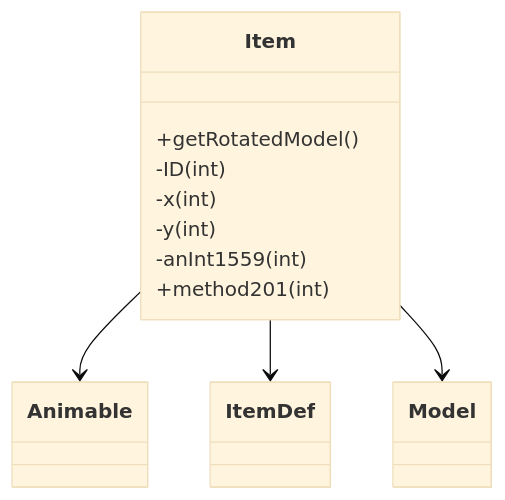
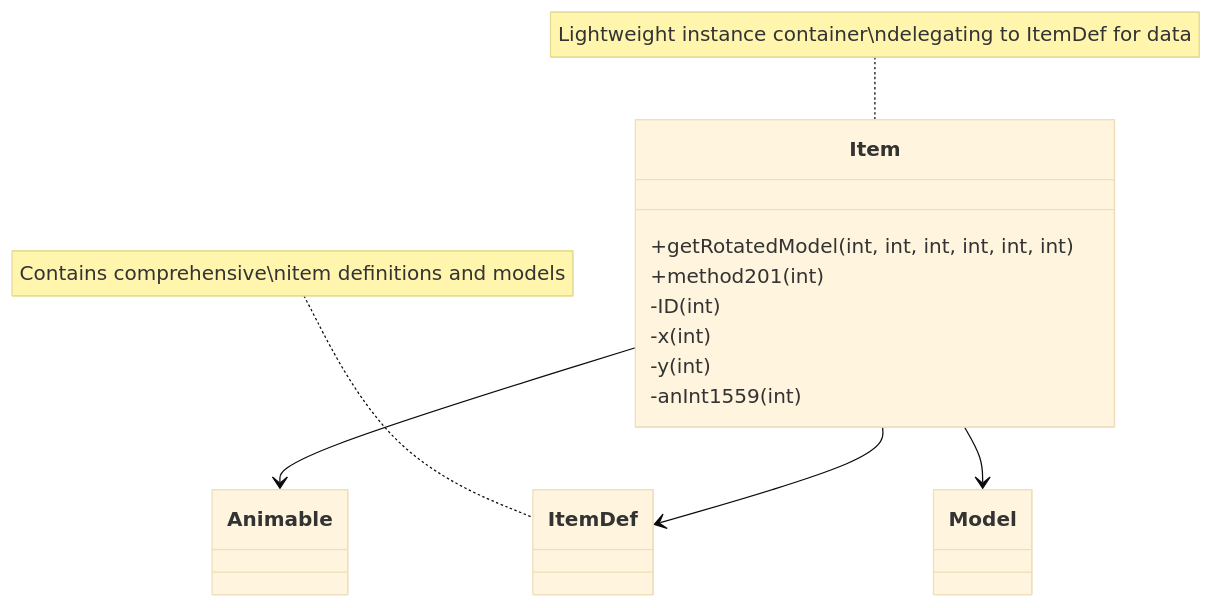
Before and after one commit to daxxog/solmud: the diagram in bytecode/mapping/evidence/verified/Item_HNKCWGJM.md, drawn with Mermaid (base theme). The commit also changed other lines of this file and 69 other files, not shown here.

````diff
--- a/bytecode/mapping/evidence/verified/Item_HNKCWGJM.md
+++ b/bytecode/mapping/evidence/verified/Item_HNKCWGJM.md
@@ -16,12 +17,15 @@
 ```mermaid
 classDiagram
     Item --> Animable
     Item --> ItemDef
     Item --> Model
-    Item : +getRotatedModel()
+    Item : +getRotatedModel(int, int, int, int, int, int)
+    Item : +method201(int)
     Item : -ID (int)
-    Item : -x (int)
+    Item : -x (int) 
     Item : -y (int)
     Item : -anInt1559 (int)
-    Item : +method201(int)
+    
+    note for Item "Lightweight instance container\ndelegating to ItemDef for data"
+    note for ItemDef "Contains comprehensive\nitem definitions and models"
 ```
````
